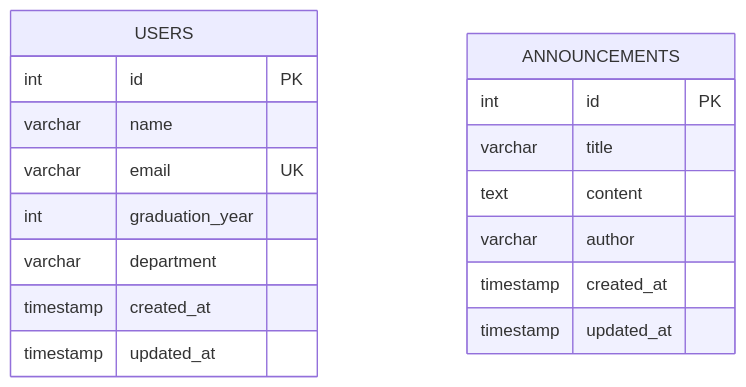
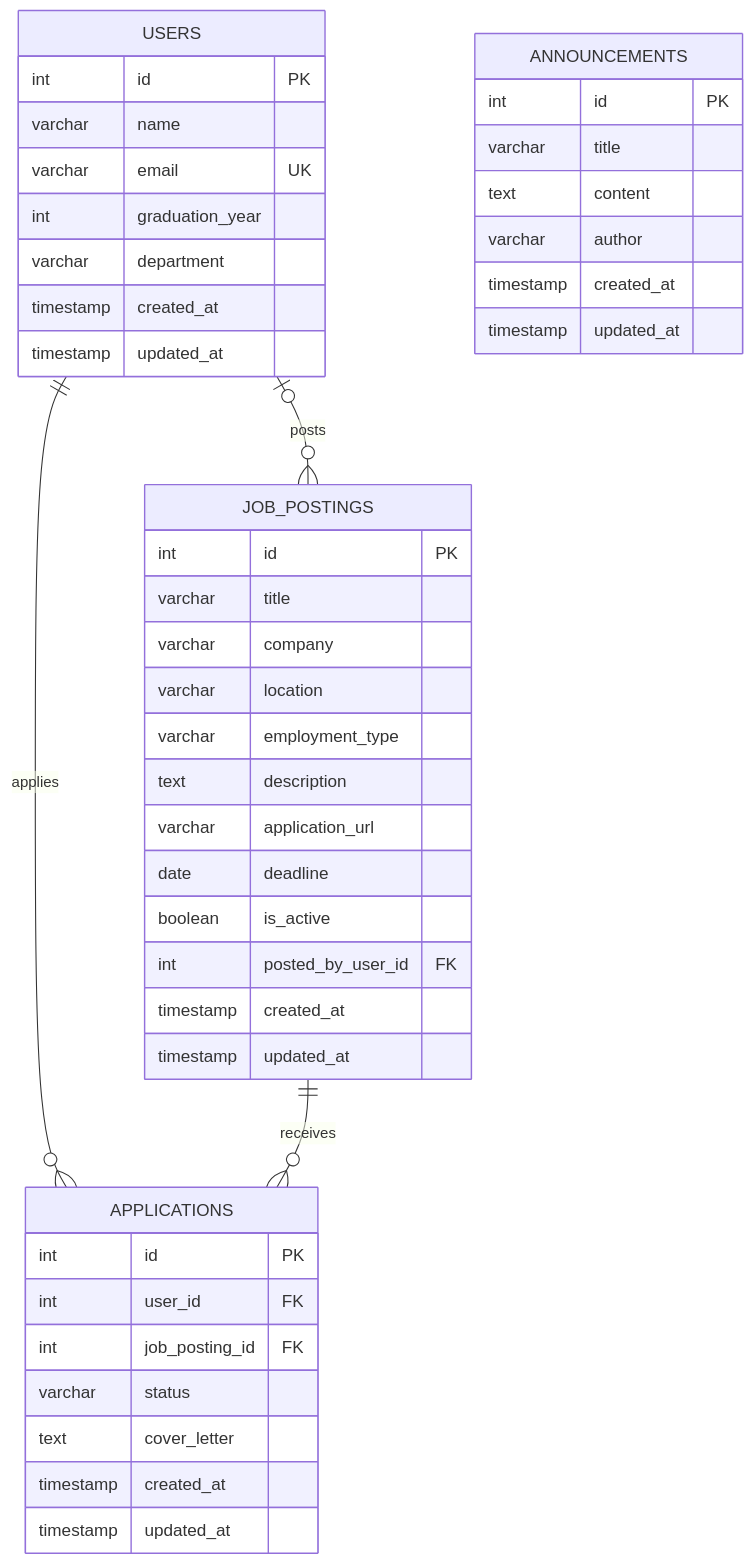
Before and after one commit to uumutkorkmaz/Alumni: the diagram in ddd.md, drawn with Mermaid. The commit also changed other lines of this file and 13 other files, not shown here.

First line of the commit message:
Add job_postings and applications: tables, ORM models, direct and nested routes

````diff
--- a/ddd.md
+++ b/ddd.md
@@ -62,20 +104,46 @@
 ```mermaid
 erDiagram
     USERS {
         int id PK
         varchar name
         varchar email UK
         int graduation_year
         varchar department
         timestamp created_at
         timestamp updated_at
     }
     ANNOUNCEMENTS {
         int id PK
         varchar title
         text content
         varchar author
         timestamp created_at
         timestamp updated_at
     }
+    JOB_POSTINGS {
+        int id PK
+        varchar title
+        varchar company
+        varchar location
+        varchar employment_type
+        text description
+        varchar application_url
+        date deadline
+        boolean is_active
+        int posted_by_user_id FK
+        timestamp created_at
+        timestamp updated_at
+    }
+    APPLICATIONS {
+        int id PK
+        int user_id FK
+        int job_posting_id FK
+        varchar status
+        text cover_letter
+        timestamp created_at
+        timestamp updated_at
+    }
+    USERS |o--o{ JOB_POSTINGS : "posts"
+    USERS ||--o{ APPLICATIONS : "applies"
+    JOB_POSTINGS ||--o{ APPLICATIONS : "receives"
 ```
````
